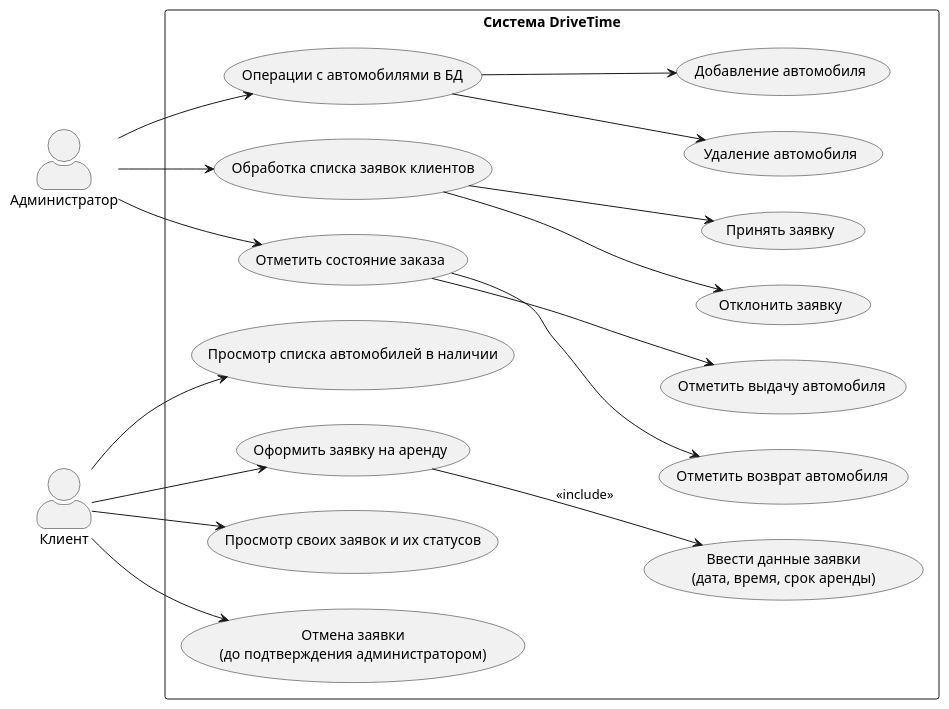
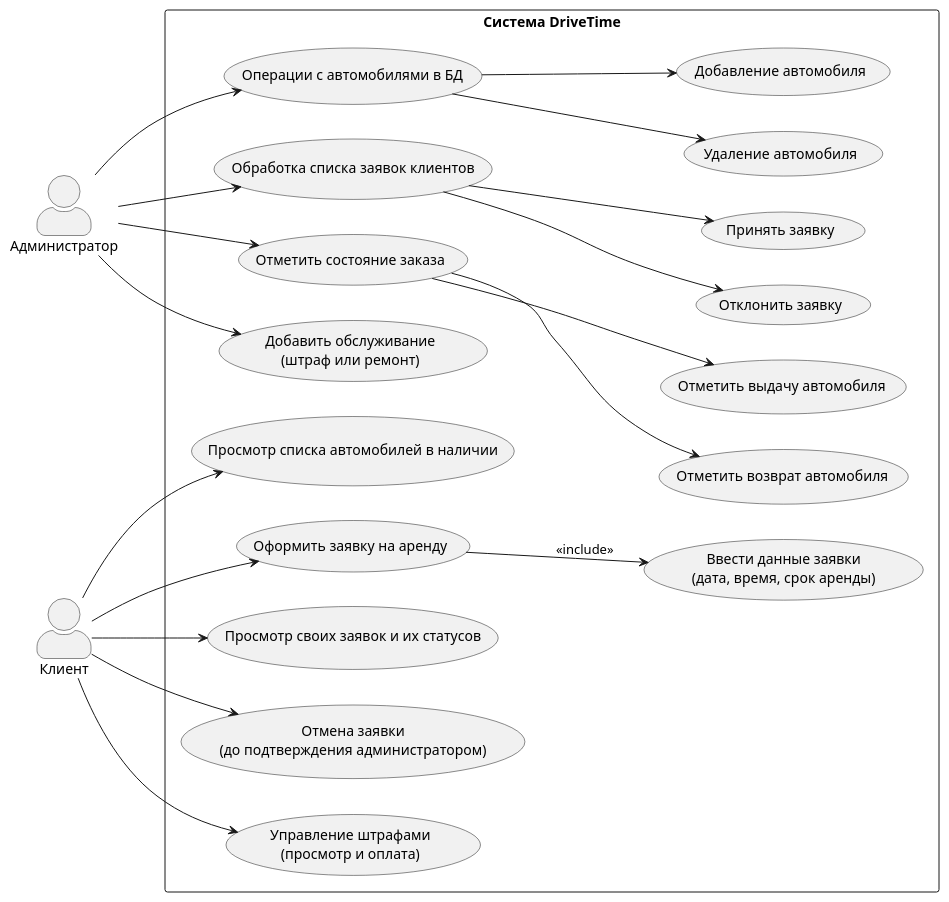
One commit to gitanowe/DriveTime changed the diagram in docs/diagrams/uml.puml. Above: the diagram before and after it, drawn with PlantUML. The commit also changed 8 other files, not shown here.

```diff
--- a/docs/diagrams/uml.puml
+++ b/docs/diagrams/uml.puml
@@ -1,48 +1,52 @@
 @startuml
 left to right direction
 skinparam packageStyle rectangle
 skinparam actorStyle awesome
 
 actor "Администратор" as Admin
 actor "Клиент" as User
 
 rectangle "Система DriveTime" {
 
   usecase "Просмотр списка автомобилей в наличии" as UC_ViewCars
   usecase "Оформить заявку на аренду" as UC_Request
   usecase "Ввести данные заявки\n(дата, время, срок аренды)" as UC_InputData
   usecase "Просмотр своих заявок и их статусов" as UC_ViewRequests
   usecase "Отмена заявки\n(до подтверждения администратором)" as UC_CancelRequest
+  usecase "Управление штрафами\n(просмотр и оплата)" as UC_Fines
 
   usecase "Операции с автомобилями в БД" as UC_CarOperations
   usecase "Добавление автомобиля" as UC_AddCar
   usecase "Удаление автомобиля" as UC_RemoveCar
   usecase "Обработка списка заявок клиентов" as UC_ProcessRequests
   usecase "Принять заявку" as UC_AcceptRequest
   usecase "Отклонить заявку" as UC_RejectRequest
   usecase "Отметить состояние заказа" as UC_OrderStatus
   usecase "Отметить выдачу автомобиля" as UC_GiveCar
   usecase "Отметить возврат автомобиля" as UC_ReturnCar
+  usecase "Добавить обслуживание\n(штраф или ремонт)" as UC_AddMaintenance
 }
 
 User --> UC_ViewCars
 User --> UC_Request
 User --> UC_ViewRequests
 User --> UC_CancelRequest
+User --> UC_Fines
 
 UC_Request --> UC_InputData : <<include>>
 
 Admin --> UC_CarOperations
 Admin --> UC_ProcessRequests
 Admin --> UC_OrderStatus
+Admin --> UC_AddMaintenance
 
 UC_CarOperations --> UC_AddCar
 UC_CarOperations --> UC_RemoveCar
 
 UC_ProcessRequests --> UC_AcceptRequest
 UC_ProcessRequests --> UC_RejectRequest
 
 UC_OrderStatus --> UC_GiveCar
 UC_OrderStatus --> UC_ReturnCar
 
 @enduml
```
